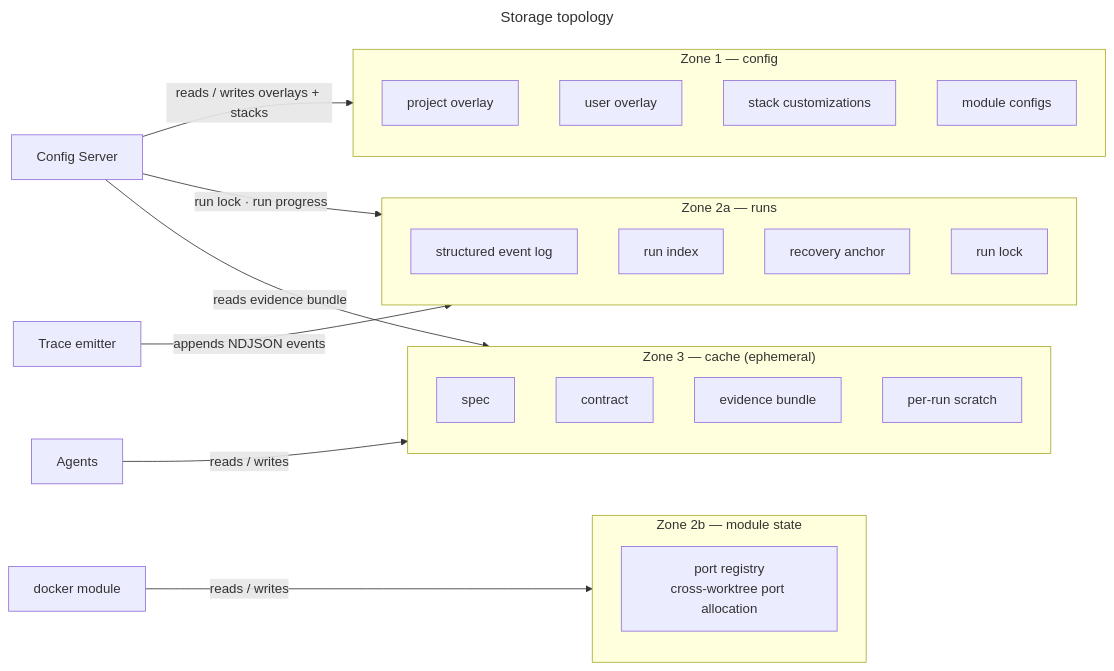
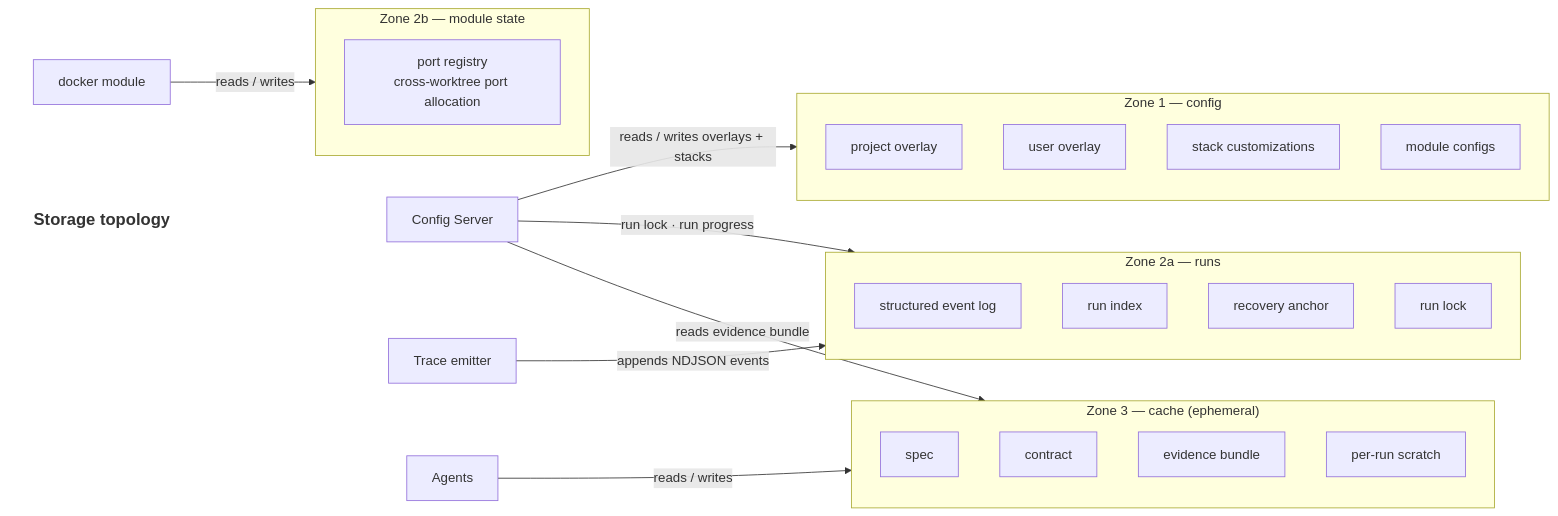
Before and after one commit to Thomas-AppForceOne/ClaudeAgents: the fourth of 5 diagrams in documentation/subsystem-architecture.md, drawn with Mermaid. The commit also changed other lines of this file, not shown here.

First line of the commit message:
docs: replace %%{init}%% title sizing with classDef title nodes

````diff
--- a/documentation/subsystem-architecture.md
+++ b/documentation/subsystem-architecture.md
@@ -170,47 +169,47 @@
 ```mermaid
----
-title: Storage topology
----
-%%{init: {'themeVariables': {'titleFontSize': '24px'}}}%%
 flowchart LR
+    TITLE["Storage topology"]:::diagramTitle
+    classDef diagramTitle font-size:20px,font-weight:bold,fill:none,stroke:none
+
     subgraph Z1["Zone 1 — config"]
         direction TB
         OVP["project overlay"]
         OVU["user overlay"]
         CST["stack customizations"]
         CMC["module configs"]
     end
 
     subgraph Z2R["Zone 2a — runs"]
         direction TB
         RT["structured event log"]
         RI["run index"]
         RA["recovery anchor"]
         RL["run lock"]
     end
 
     subgraph Z2M["Zone 2b — module state"]
         direction TB
         PR["port registry\ncross-worktree port allocation"]
     end
 
     subgraph Z3["Zone 3 — cache (ephemeral)"]
         direction TB
         SP["spec"]
         CO["contract"]
         EB["evidence bundle"]
         SC["per-run scratch"]
     end
 
     CS["Config Server"]
     TR["Trace emitter"]
     DK["docker module"]
     AG["Agents"]
 
+    TITLE ~~~ CS
     CS -->|"reads / writes overlays + stacks"| Z1
     CS -->|"run lock · run progress"| Z2R
     TR -->|"appends NDJSON events"| Z2R
     DK -->|"reads / writes"| Z2M
     AG -->|"reads / writes"| Z3
     CS -->|"reads evidence bundle"| Z3
 ```
````
